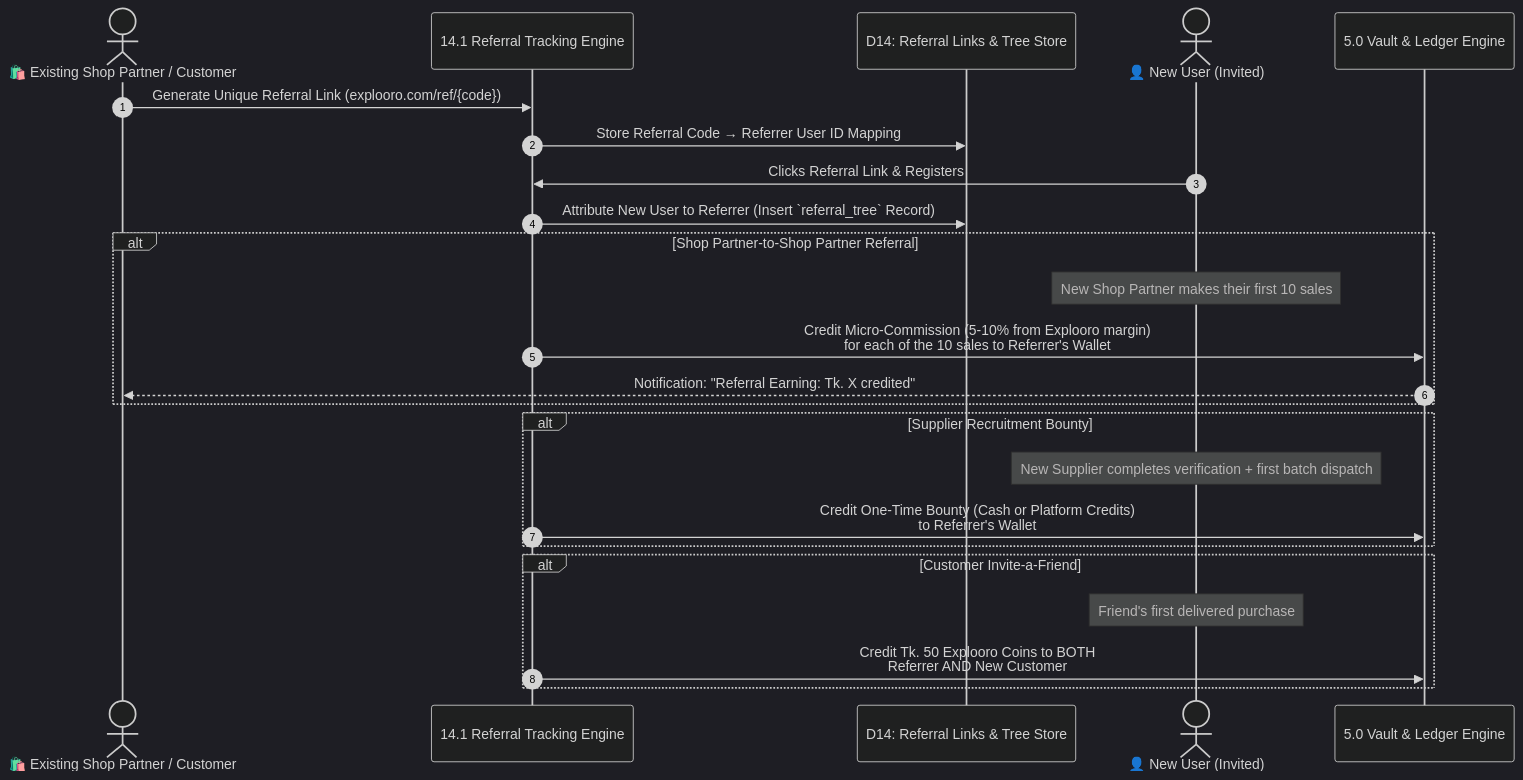
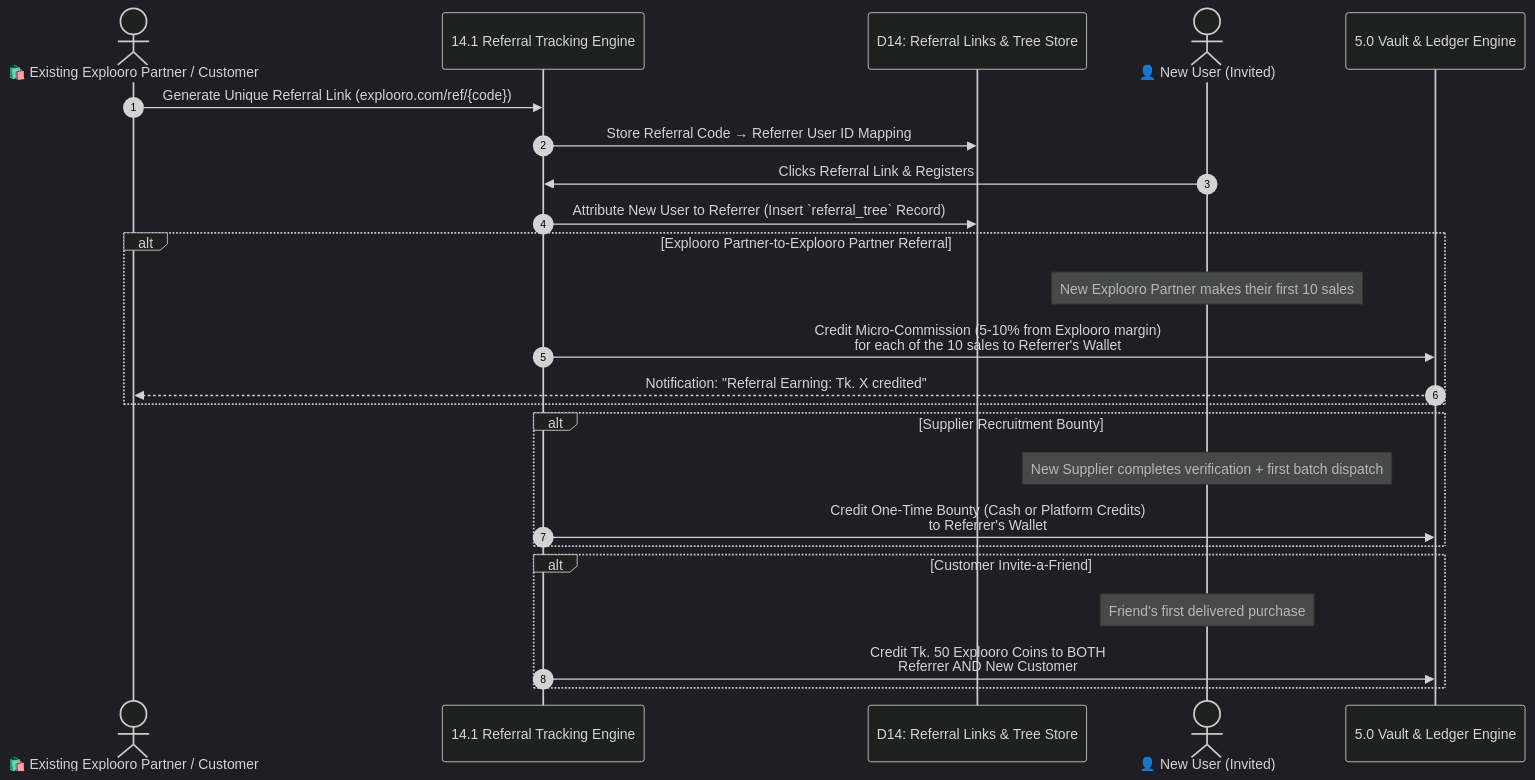
One commit to ashrafulta2/Explooro changed diagram 12 of 18 in docs/DFD.md. Above: the diagram before and after it, drawn with Mermaid (dark theme). The commit also changed other lines of this file and 431 other files, not shown here.

````diff
--- a/docs/DFD.md
+++ b/docs/DFD.md
@@ -492,31 +492,31 @@
 ```mermaid
 sequenceDiagram
     autonumber
-    actor Referrer as 🛍️ Existing Shop Partner / Customer
+    actor Referrer as 🛍️ Existing Explooro Partner / Customer
     participant RefEngine as 14.1 Referral Tracking Engine
     participant DB as D14: Referral Links & Tree Store
     actor NewUser as 👤 New User (Invited)
     participant Vault as 5.0 Vault & Ledger Engine
 
     Referrer->>RefEngine: Generate Unique Referral Link (explooro.com/ref/{code})
     RefEngine->>DB: Store Referral Code → Referrer User ID Mapping
 
     NewUser->>RefEngine: Clicks Referral Link & Registers
     RefEngine->>DB: Attribute New User to Referrer (Insert `referral_tree` Record)
 
-    alt Shop Partner-to-Shop Partner Referral
-        Note over NewUser: New Shop Partner makes their first 10 sales
+    alt Explooro Partner-to-Explooro Partner Referral
+        Note over NewUser: New Explooro Partner makes their first 10 sales
         RefEngine->>Vault: Credit Micro-Commission (5-10% from Explooro margin)<br/>for each of the 10 sales to Referrer's Wallet
         Vault-->>Referrer: Notification: "Referral Earning: Tk. X credited"
     end
 
     alt Supplier Recruitment Bounty
         Note over NewUser: New Supplier completes verification + first batch dispatch
         RefEngine->>Vault: Credit One-Time Bounty (Cash or Platform Credits)<br/>to Referrer's Wallet
     end
 
     alt Customer Invite-a-Friend
         Note over NewUser: Friend's first delivered purchase
         RefEngine->>Vault: Credit Tk. 50 Explooro Coins to BOTH<br/>Referrer AND New Customer
     end
 ```
````
